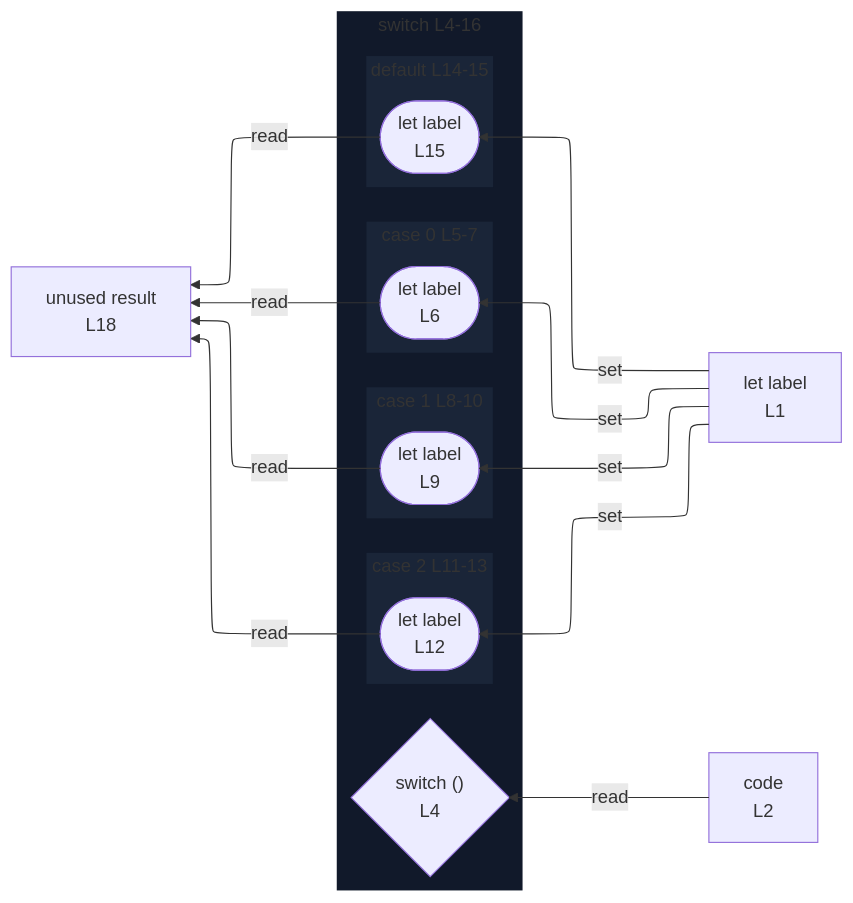
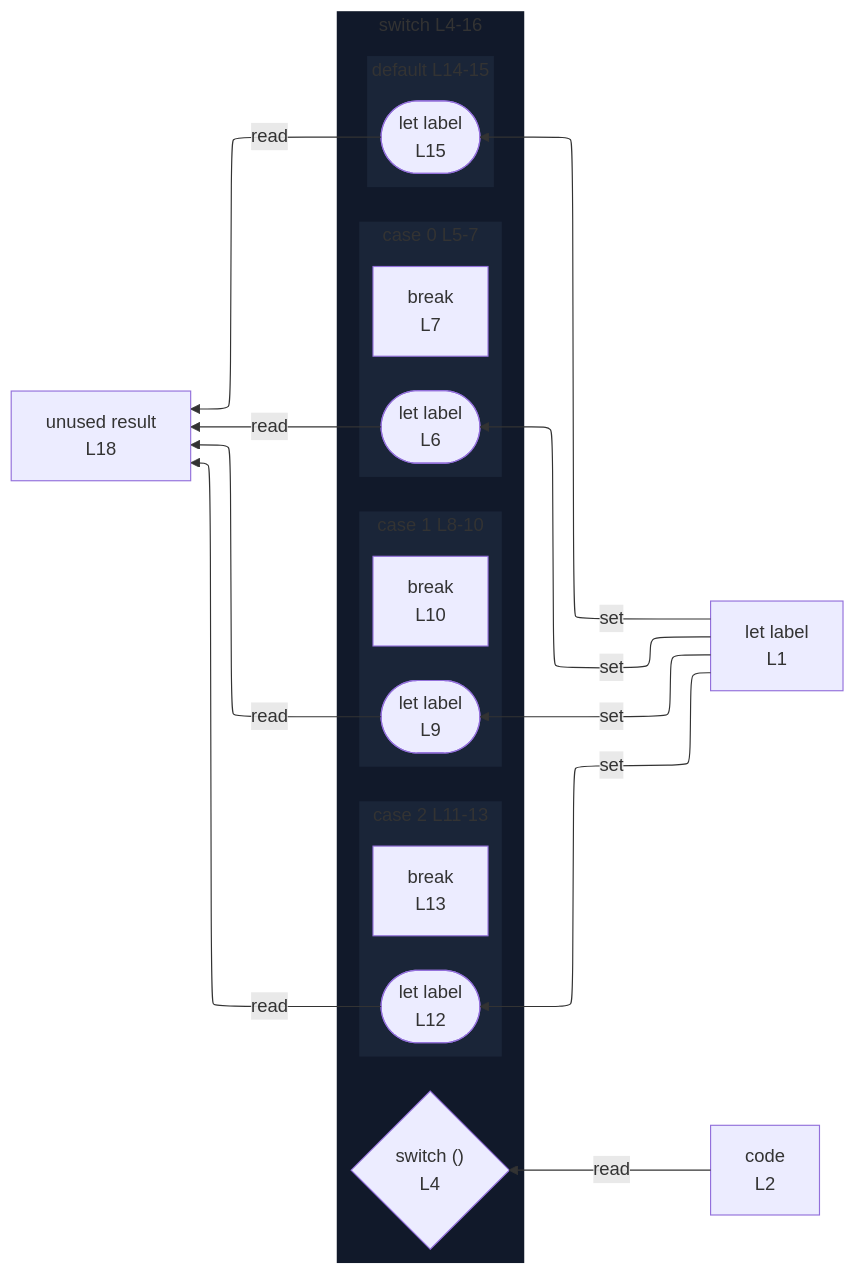
One commit to crescware/unsnarl changed the diagram in integration/fixtures/switch-statement/numeric/preview.md. Above: the diagram before and after it, drawn with Mermaid. The commit also changed 352 other files, not shown here.

````diff
--- a/integration/fixtures/switch-statement/numeric/preview.md
+++ b/integration/fixtures/switch-statement/numeric/preview.md
@@ -28,43 +28,46 @@
 ```mermaid
 %%{init: {"flowchart": {"defaultRenderer": "elk"}}}%%
 flowchart RL
   n_scope_0_label_4["let label<br/>L1"]
   n_scope_0_code_22["code<br/>L2"]
   n_scope_0_result_210["unused result<br/>L18"]
   subgraph s_scope_1["switch L4-16"]
     direction RL
     switch_discriminant_scope_0_33{"switch ()<br/>L4"}
     subgraph s_scope_2["case 0 L5-7"]
       direction RL
       wr_ref_3(["let label<br/>L6"])
+      bc_break_83["break<br/>L7"]
     end
     subgraph s_scope_3["case 1 L8-10"]
       direction RL
       wr_ref_4(["let label<br/>L9"])
+      bc_break_123["break<br/>L10"]
     end
     subgraph s_scope_4["case 2 L11-13"]
       direction RL
       wr_ref_5(["let label<br/>L12"])
+      bc_break_163["break<br/>L13"]
     end
     subgraph s_scope_5["default L14-15"]
       direction RL
       wr_ref_6(["let label<br/>L15"])
     end
   end
   n_scope_0_label_4 -->|set| wr_ref_3
   n_scope_0_label_4 -->|set| wr_ref_4
   n_scope_0_label_4 -->|set| wr_ref_5
   n_scope_0_label_4 -->|set| wr_ref_6
   n_scope_0_code_22 -->|read| switch_discriminant_scope_0_33
   wr_ref_3 -->|read| n_scope_0_result_210
   wr_ref_4 -->|read| n_scope_0_result_210
   wr_ref_5 -->|read| n_scope_0_result_210
   wr_ref_6 -->|read| n_scope_0_result_210
   classDef nestL1 fill:#11192a,stroke:transparent;
   class s_scope_1 nestL1;
   classDef nestL2 fill:#1a2538,stroke:transparent;
   class s_scope_2 nestL2;
   class s_scope_3 nestL2;
   class s_scope_4 nestL2;
   class s_scope_5 nestL2;
 ```
````
